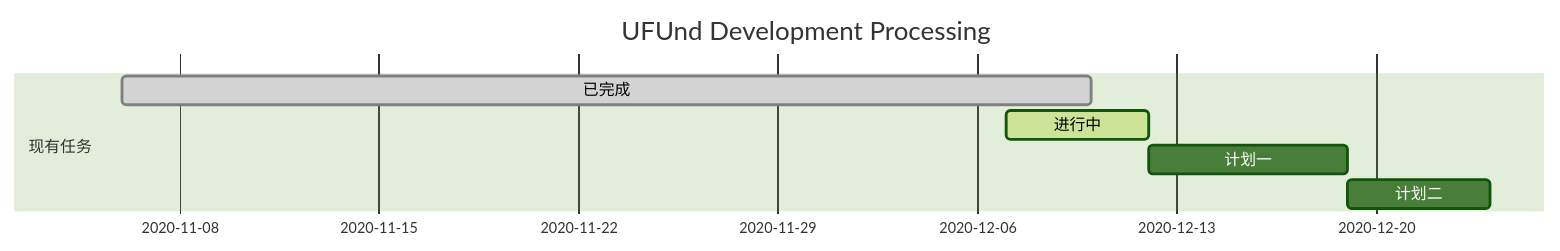
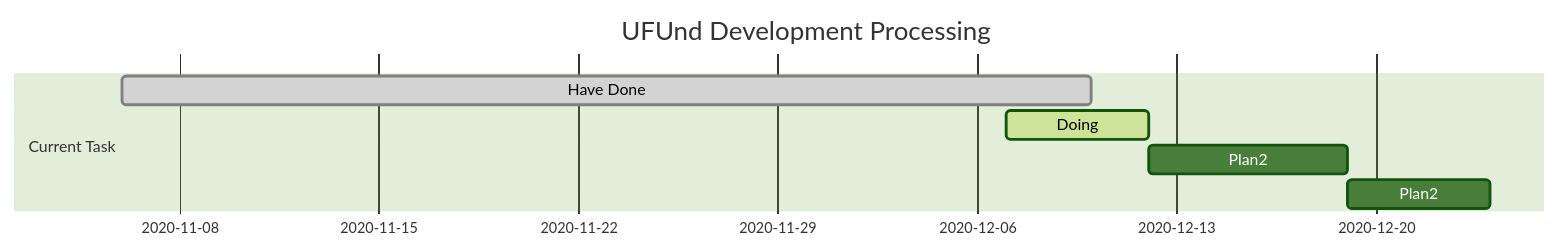
One commit to UFund-Me/UFund changed the diagram in README.md. Above: the diagram before and after it, drawn with Mermaid (forest theme).

````diff
--- a/README.md
+++ b/README.md
@@ -182,10 +182,10 @@
 ```mermaid
 gantt
         dateFormat  YYYY-MM-DD
         title UFUnd Development Processing
-        section 现有任务
-        已完成               :done,    des1, 2020-11-06,2020-12-10
-        进行中               :active,  des2, 2020-12-07, 5d
-        计划一               :         des3, after des2, 7d
-        计划二               :         des4, after des3, 5d
+        section Current Task
+        Have Done           :done,    des1, 2020-11-06,2020-12-10
+        Doing               :active,  des2, 2020-12-07, 5d
+        Plan2               :         des3, after des2, 7d
+        Plan2               :         des4, after des3, 5d
 ```
````
